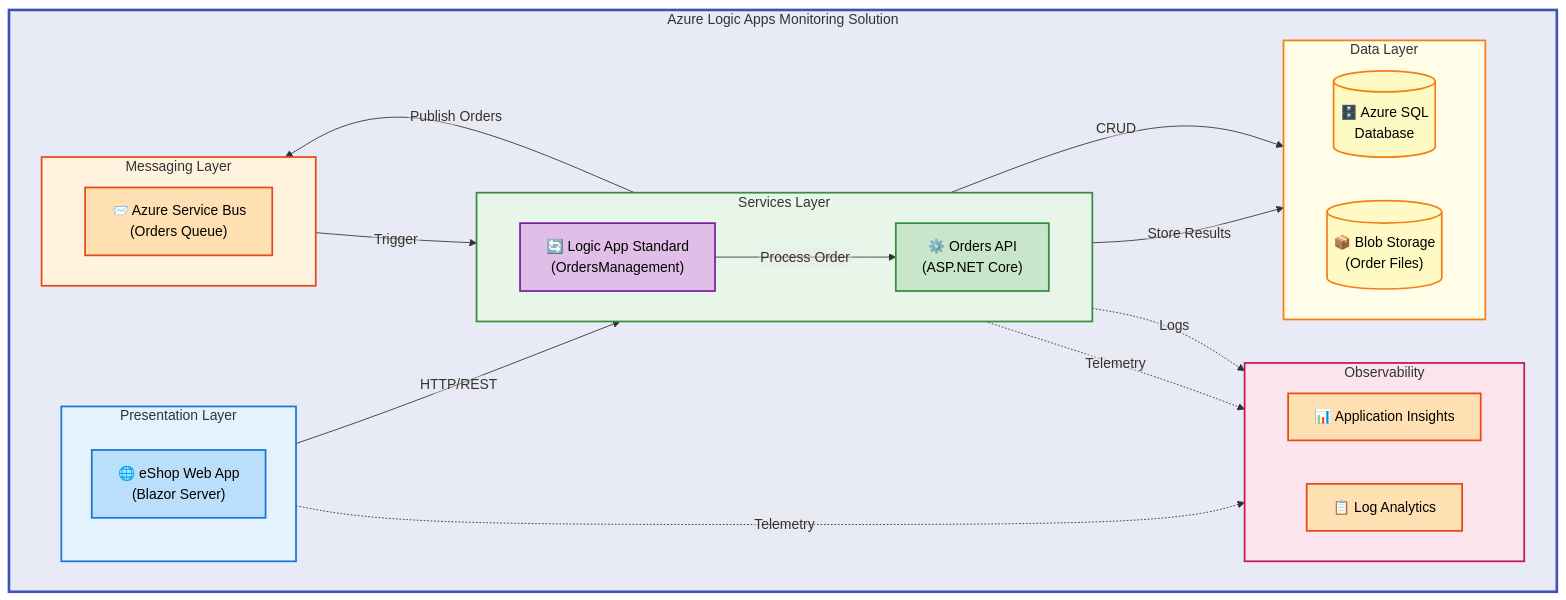
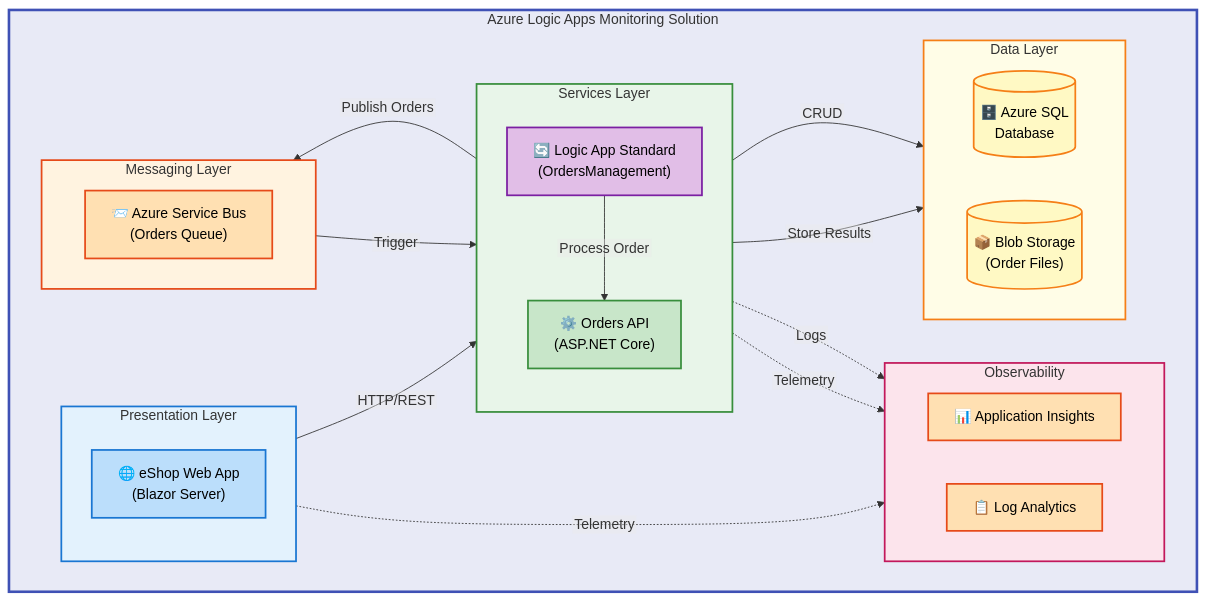
Before and after one commit to Evilazaro/Azure-LogicApps-Monitoring: the diagram in README.md, drawn with Mermaid.

Commit message:
Refactor README.md: change flowchart direction from left-right to top-bottom for consistency

````diff
--- a/README.md
+++ b/README.md
@@ -38,58 +38,58 @@
 ```mermaid
 %%{init: {"flowchart": {"htmlLabels": false}} }%%
 flowchart TD
     classDef mdBlue fill:#BBDEFB,stroke:#1976D2,stroke-width:2px,color:#000
     classDef mdGreen fill:#C8E6C9,stroke:#388E3C,stroke-width:2px,color:#000
     classDef mdOrange fill:#FFE0B2,stroke:#E64A19,stroke-width:2px,color:#000
     classDef mdPurple fill:#E1BEE7,stroke:#7B1FA2,stroke-width:2px,color:#000
     classDef mdYellow fill:#FFF9C4,stroke:#F57F17,stroke-width:2px,color:#000
 
     subgraph system["Azure Logic Apps Monitoring Solution"]
 
         subgraph presentation["Presentation Layer"]
             direction TB
             webApp["🌐 eShop Web App<br/>(Blazor Server)"]:::mdBlue
         end
 
         subgraph services["Services Layer"]
-            direction LR
+            direction TB
             ordersApi["⚙️ Orders API<br/>(ASP.NET Core)"]:::mdGreen
             logicApp["🔄 Logic App Standard<br/>(OrdersManagement)"]:::mdPurple
         end
 
         subgraph messaging["Messaging Layer"]
             direction LR
             serviceBus["📨 Azure Service Bus<br/>(Orders Queue)"]:::mdOrange
         end
 
         subgraph data["Data Layer"]
             direction LR
             sqlDb[("🗄️ Azure SQL<br/>Database")]:::mdYellow
             blobStorage[("📦 Blob Storage<br/>(Order Files)")]:::mdYellow
         end
 
         subgraph observability["Observability"]
             direction LR
             appInsights["📊 Application Insights"]:::mdOrange
             logAnalytics["📋 Log Analytics"]:::mdOrange
         end
 
         webApp -->|"HTTP/REST"| ordersApi
         ordersApi -->|"Publish Orders"| serviceBus
         serviceBus -->|"Trigger"| logicApp
         logicApp -->|"Process Order"| ordersApi
         logicApp -->|"Store Results"| blobStorage
         ordersApi -->|"CRUD"| sqlDb
 
         webApp -.->|"Telemetry"| appInsights
         ordersApi -.->|"Telemetry"| appInsights
         logicApp -.->|"Logs"| logAnalytics
     end
 
     style system fill:#E8EAF6,stroke:#3F51B5,stroke-width:3px
     style presentation fill:#E3F2FD,stroke:#1976D2,stroke-width:2px
     style services fill:#E8F5E9,stroke:#388E3C,stroke-width:2px
     style messaging fill:#FFF3E0,stroke:#E64A19,stroke-width:2px
     style data fill:#FFFDE7,stroke:#F57F17,stroke-width:2px
     style observability fill:#FCE4EC,stroke:#C2185B,stroke-width:2px
 ```
````
